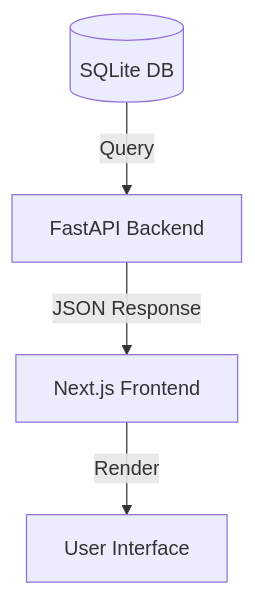
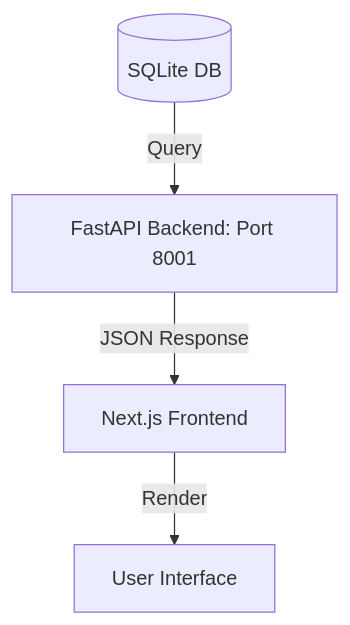
Before and after one commit to Bunispro/badminton: the diagram in web/frontend_new/docs/design_system.md, drawn with Mermaid. The commit also changed other lines of this file and 30 other files, not shown here.

Commit message:
Update rating graphs, default player discipline, and standardized doubles cards layout

````diff
--- a/web/frontend_new/docs/design_system.md
+++ b/web/frontend_new/docs/design_system.md
@@ -289,6 +297,6 @@
 ```mermaid
 graph TD
-    DB[(SQLite DB)] -->|Query| BE[FastAPI Backend]
+    DB[(SQLite DB)] -->|Query| BE[FastAPI Backend: Port 8001]
     BE -->|JSON Response| FE[Next.js Frontend]
     FE -->|Render| UI[User Interface]
 ```
````
